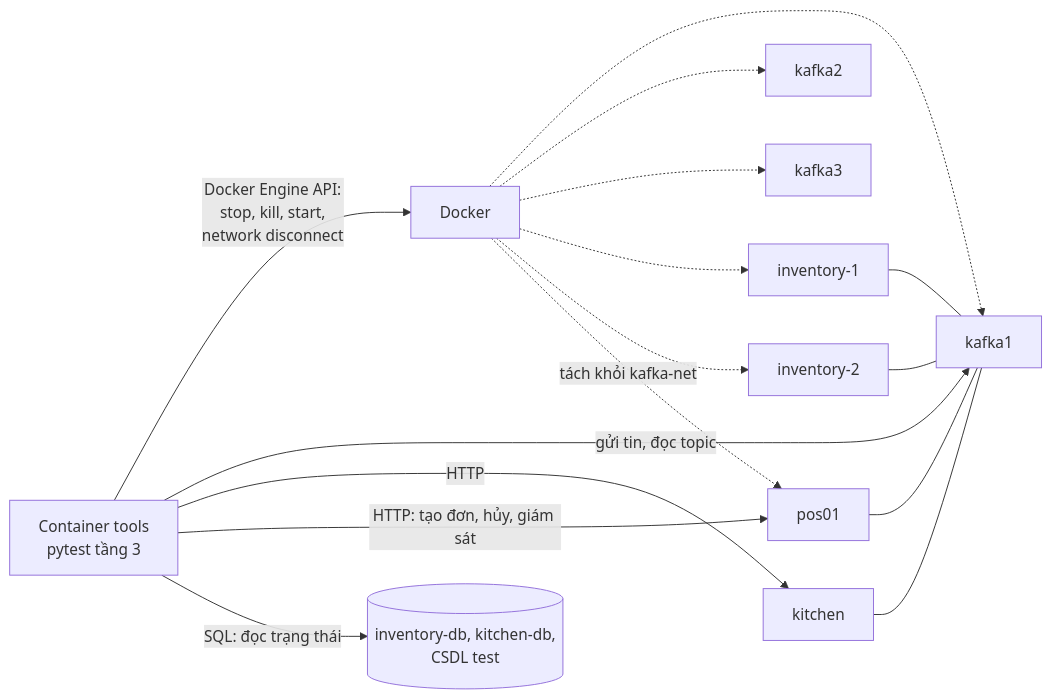
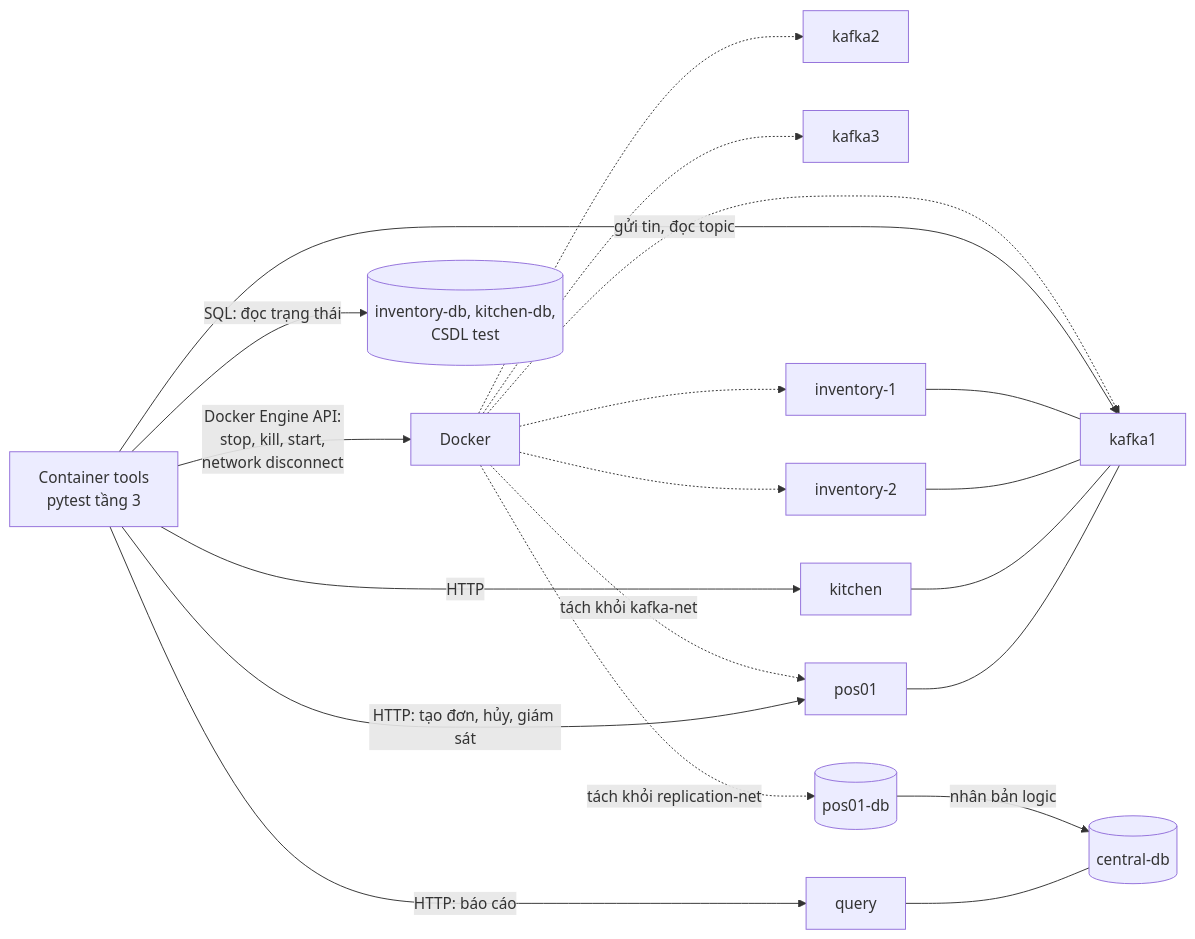
Before and after one commit to congdtptit/distributed-order-system: the diagram in report/04-kiem-thu.md, drawn with Mermaid. The commit also changed other lines of this file and 12 other files, not shown here.

````diff
--- a/report/04-kiem-thu.md
+++ b/report/04-kiem-thu.md
@@ -32,12 +32,16 @@
 ```mermaid
 flowchart LR
   T["Container tools<br/>pytest tầng 3"] -->|Docker Engine API:<br/>stop, kill, start,<br/>network disconnect| D["Docker"]
   D -.-> K1["kafka1"] & K2["kafka2"] & K3["kafka3"]
   D -.-> I1["inventory-1"] & I2["inventory-2"]
   D -.->|tách khỏi kafka-net| P1["pos01"]
   T -->|gửi tin, đọc topic| K1
   T -->|HTTP| KS["kitchen"]
   T -->|HTTP: tạo đơn, hủy, giám sát| P1
   T -->|SQL: đọc trạng thái| DB[("inventory-db, kitchen-db,<br/>CSDL test")]
+  D -.->|tách khỏi replication-net| P1DB[("pos01-db")]
+  P1DB -->|nhân bản logic| C[("central-db")]
+  T -->|HTTP: báo cáo| Q["query"]
+  Q --- C
   I1 & I2 & KS & P1 --- K1
 ```
````
